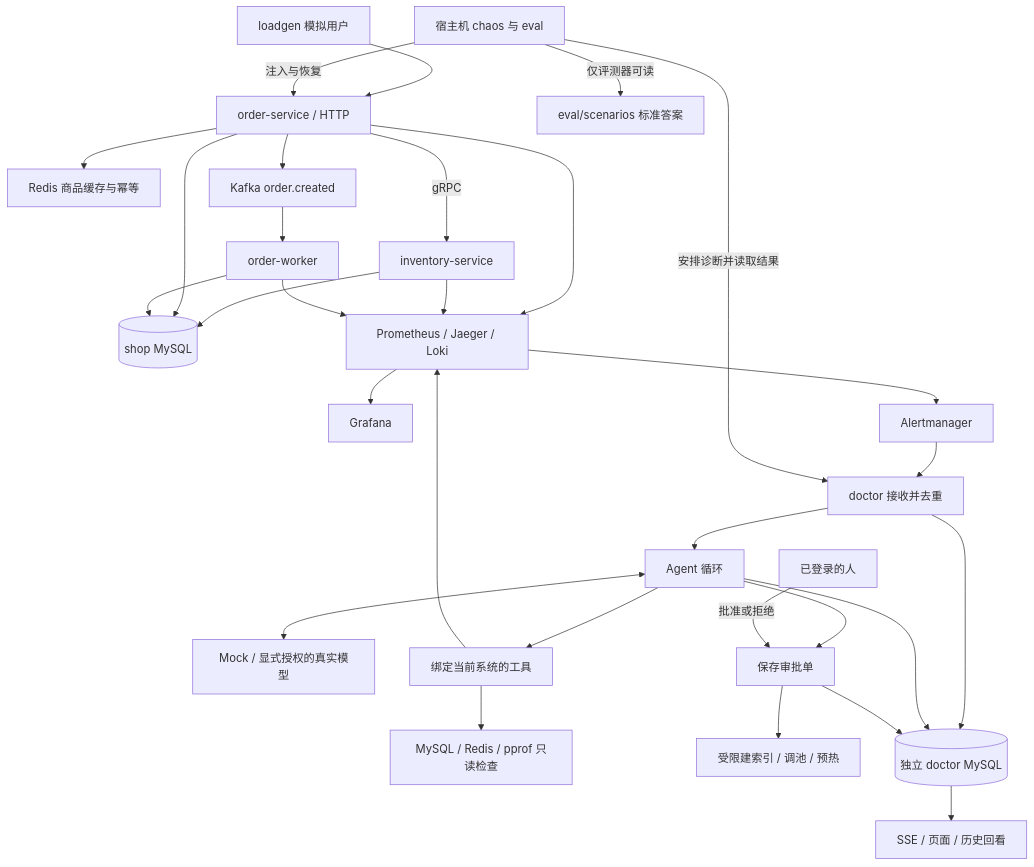
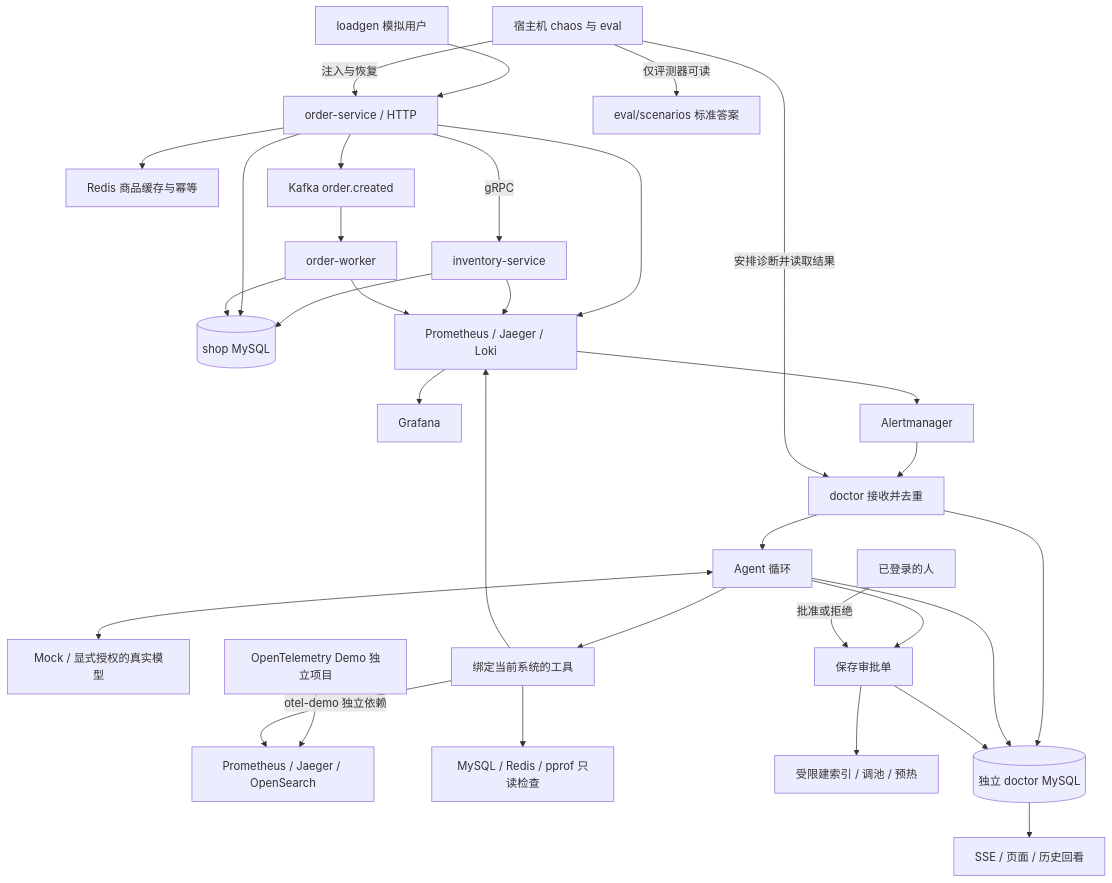
The first of 3 diagrams in docs/architecture.md (Li-Nepenthe/opsdoctor), drawn with Mermaid before and after one commit. The commit also changed other lines of this file and 118 other files, not shown here.

````diff
--- a/docs/architecture.md
+++ b/docs/architecture.md
@@ -9,28 +9,30 @@
 ```mermaid
 flowchart TD
     Load[loadgen 模拟用户] --> Order[order-service / HTTP]
     Order --> Redis[Redis 商品缓存与幂等]
     Order -->|gRPC| Stock[inventory-service]
     Stock --> ShopDB[(shop MySQL)]
     Order --> ShopDB
     Order --> Kafka[Kafka order.created]
     Kafka --> Worker[order-worker]
     Worker --> ShopDB
     Order & Stock & Worker --> Obs[Prometheus / Jaeger / Loki]
     Obs --> Grafana[Grafana]
     Obs --> Alerts[Alertmanager]
     Alerts --> Doctor[doctor 接收并去重]
     Doctor --> Agent[Agent 循环]
     Agent <--> Model[Mock / 显式授权的真实模型]
     Agent --> Tools[绑定当前系统的工具]
     Tools --> Obs
+    Demo[OpenTelemetry Demo 独立项目] --> DemoObs[Prometheus / Jaeger / OpenSearch]
+    Tools -->|otel-demo 独立依赖| DemoObs
     Tools --> ReadOnly[MySQL / Redis / pprof 只读检查]
     Agent --> Approval[保存审批单]
     Human[已登录的人] -->|批准或拒绝| Approval
     Approval --> Limited[受限建索引 / 调池 / 预热]
     Doctor & Agent & Approval --> DoctorDB[(独立 doctor MySQL)]
     DoctorDB --> SSE[SSE / 页面 / 历史回看]
     Eval[宿主机 chaos 与 eval] -->|注入与恢复| Order
     Eval -->|仅评测器可读| Answers[eval/scenarios 标准答案]
     Eval -->|安排诊断并读取结果| Doctor
 ```
````
